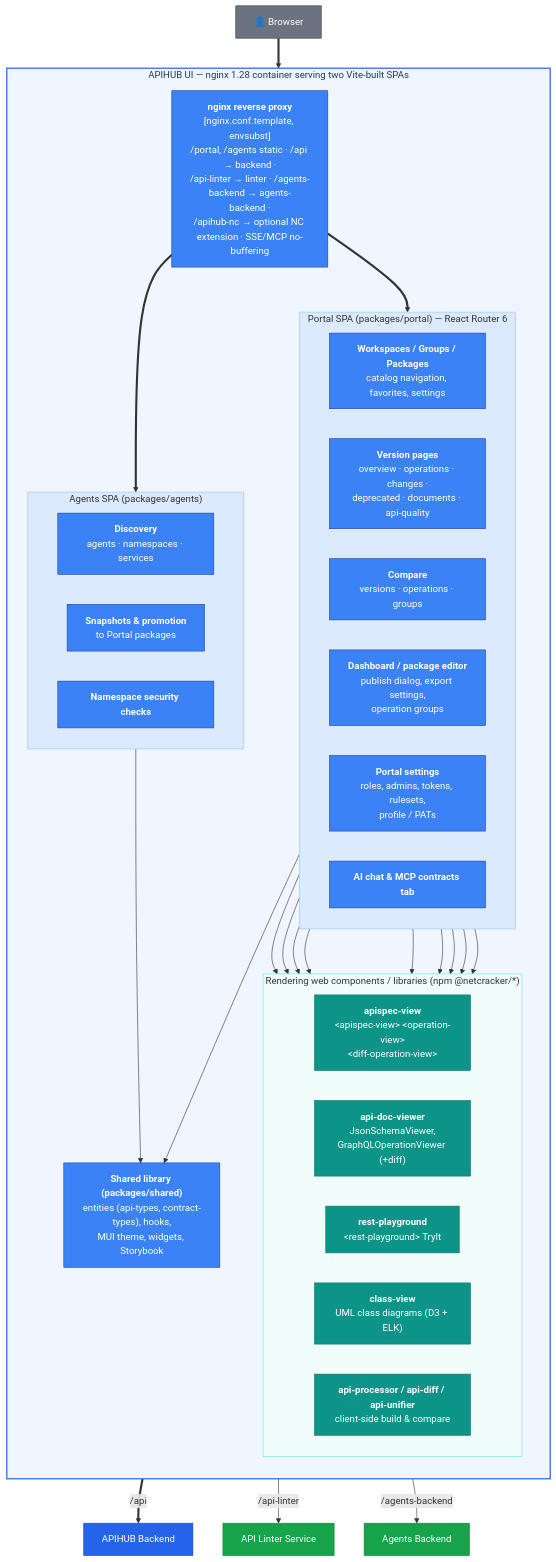
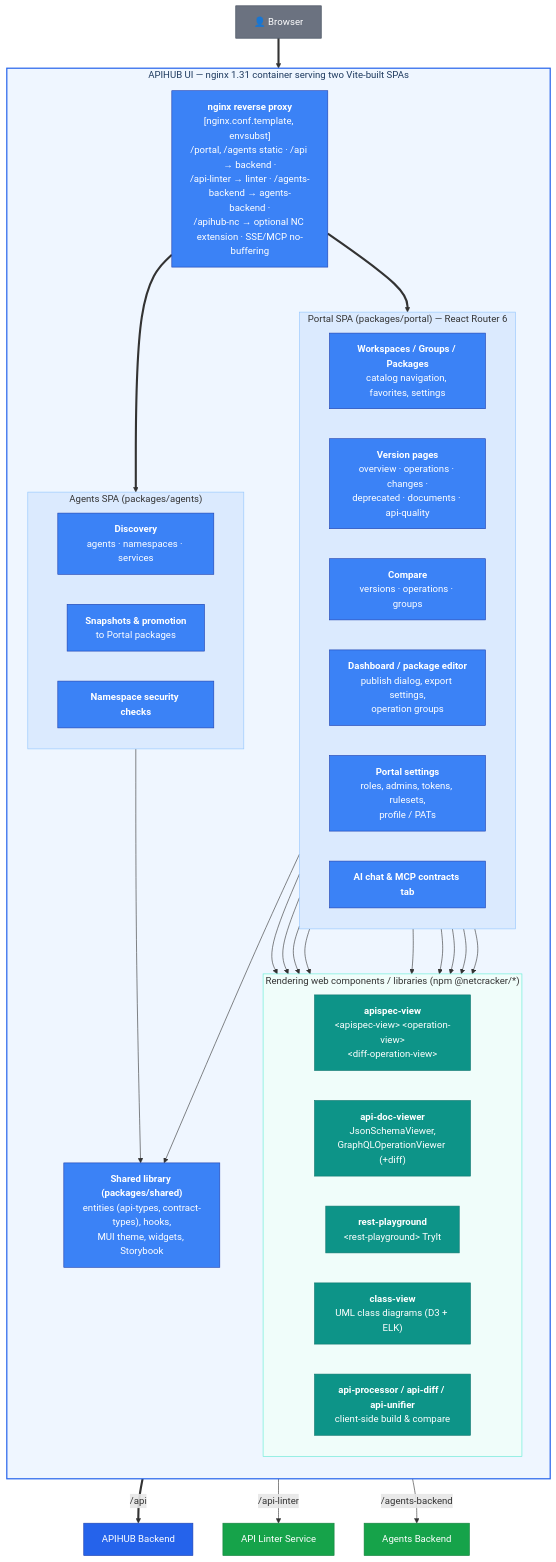
One commit to Netcracker/qubership-apihub changed the fourth of 26 diagrams in tools/architecture-model/c4/APIHUB_C4_architecture.md. Above: the diagram before and after it, drawn with Mermaid. The commit also changed other lines of this file and 9 other files, not shown here.

First line of the commit message:
fix(architecture-model): align the model facts with the monorepo

````diff
--- a/tools/architecture-model/c4/APIHUB_C4_architecture.md
+++ b/tools/architecture-model/c4/APIHUB_C4_architecture.md
@@ -333,60 +333,60 @@
 ```mermaid
 flowchart TB
     browser["👤 Browser"]:::ext
 
-    subgraph uic ["APIHUB UI — nginx 1.28 container serving two Vite-built SPAs"]
+    subgraph uic ["APIHUB UI — nginx 1.31 container serving two Vite-built SPAs"]
         direction TB
         nginx["<b>nginx reverse proxy</b><br/>[nginx.conf.template, envsubst]<br/>/portal, /agents static · /api → backend ·<br/>/api-linter → linter · /agents-backend → agents-backend ·<br/>/apihub-nc → optional NC extension · SSE/MCP no-buffering"]:::comp
 
         subgraph portal ["Portal SPA (packages/portal) — React Router 6"]
             direction LR
             p_nav["<b>Workspaces / Groups / Packages</b><br/>catalog navigation, favorites, settings"]:::comp
             p_ver["<b>Version pages</b><br/>overview · operations · changes ·<br/>deprecated · documents · api-quality"]:::comp
             p_cmp["<b>Compare</b><br/>versions · operations · groups"]:::comp
             p_edit["<b>Dashboard / package editor</b><br/>publish dialog, export settings,<br/>operation groups"]:::comp
             p_admin["<b>Portal settings</b><br/>roles, admins, tokens, rulesets,<br/>profile / PATs"]:::comp
             p_ai["<b>AI chat &amp; MCP contracts tab</b>"]:::comp
         end
 
         subgraph agents ["Agents SPA (packages/agents)"]
             direction LR
             a_disc["<b>Discovery</b><br/>agents · namespaces · services"]:::comp
             a_snap["<b>Snapshots &amp; promotion</b><br/>to Portal packages"]:::comp
             a_sec["<b>Namespace security checks</b>"]:::comp
         end
 
         shared["<b>Shared library (packages/shared)</b><br/>entities (api-types, contract-types), hooks,<br/>MUI theme, widgets, Storybook"]:::comp
 
         subgraph libs ["Rendering web components / libraries (npm @netcracker/*)"]
             direction LR
             apispec["<b>apispec-view</b><br/>&lt;apispec-view&gt; &lt;operation-view&gt;<br/>&lt;diff-operation-view&gt;"]:::lib
             docviewer["<b>api-doc-viewer</b><br/>JsonSchemaViewer,<br/>GraphQLOperationViewer (+diff)"]:::lib
             playground["<b>rest-playground</b><br/>&lt;rest-playground&gt; TryIt"]:::lib
             classview["<b>class-view</b><br/>UML class diagrams (D3 + ELK)"]:::lib
             processor_ui["<b>api-processor / api-diff / api-unifier</b><br/>client-side build &amp; compare"]:::lib
         end
     end
 
     backend["APIHUB Backend"]:::core
     linter["API Linter Service"]:::extension
     abe["Agents Backend"]:::extension
 
     browser ==> nginx
     nginx ==> portal & agents
     portal & agents --> shared
     p_ver & p_cmp --> apispec & docviewer & playground & classview
     p_edit --> processor_ui
     nginx == "/api" ==> backend
     nginx -- "/api-linter" --> linter
     nginx -- "/agents-backend" --> abe
 
     classDef ext fill:#6b7280,stroke:#374151,color:#fff
     classDef core fill:#2563eb,stroke:#1e40af,color:#fff
     classDef extension fill:#16a34a,stroke:#15803d,color:#fff
     classDef comp fill:#3b82f6,stroke:#1e40af,color:#fff,stroke-width:1px
     classDef lib fill:#0d9488,stroke:#0f766e,color:#fff,stroke-width:1px
     style uic fill:#eff6ff,stroke:#2563eb,stroke-width:2px,color:#1e3a5f
     style portal fill:#dbeafe,stroke:#93c5fd
     style agents fill:#dbeafe,stroke:#93c5fd
     style libs fill:#f0fdfa,stroke:#5eead4
 ```
````
